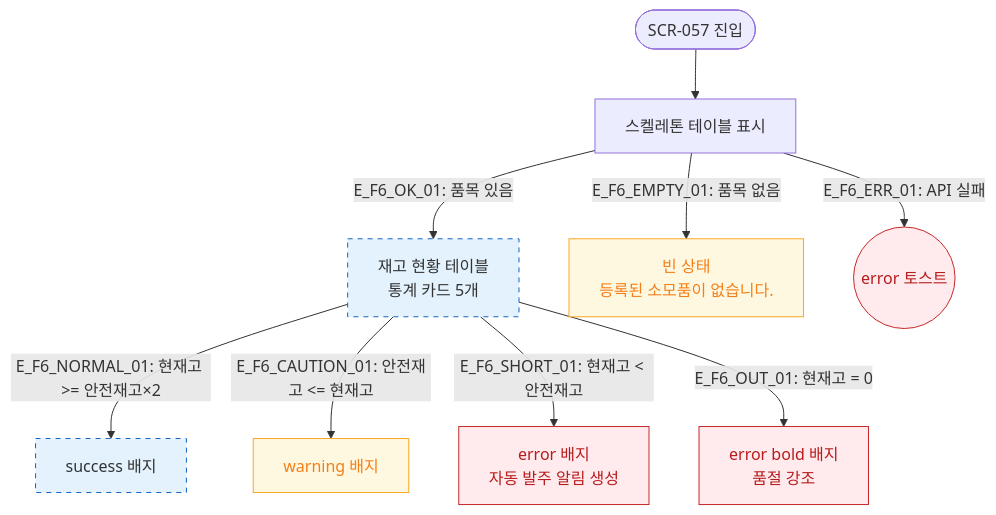
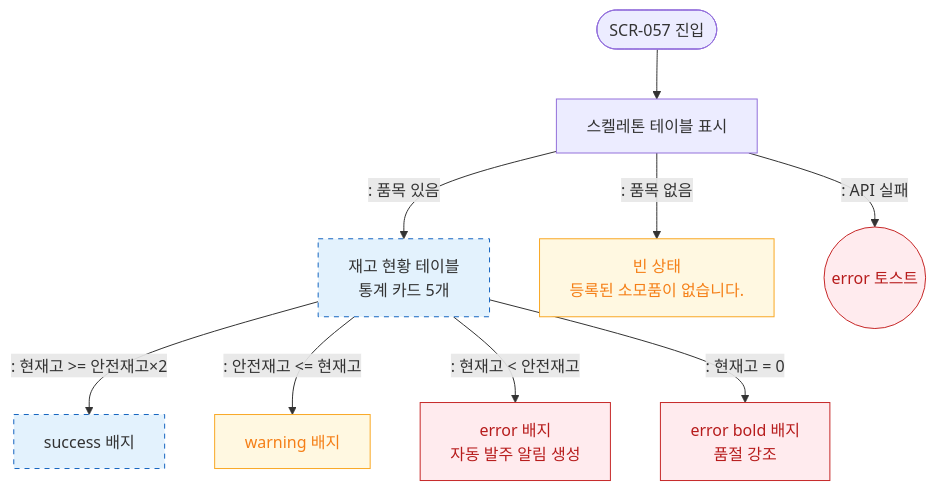
One commit to dev-spogym/admin-pando changed the diagram in docs/다이어그램/D06_시설관리/SCR-057_소모품재고관리/F6_상태별.md. Above: the diagram before and after it, drawn with Mermaid. The commit also changed other lines of this file and 1660 other files, not shown here.

First line of the commit message:
다이어그램: 기획자/클라이언트 납품본으로 정리

````diff
--- a/docs/다이어그램/D06_시설관리/SCR-057_소모품재고관리/F6_상태별.md
+++ b/docs/다이어그램/D06_시설관리/SCR-057_소모품재고관리/F6_상태별.md
@@ -16,20 +14,20 @@
 ```mermaid
 flowchart TD
     ENTER([SCR-057 진입]) --> Loading[스켈레톤 테이블 표시]
-    Loading -->|"E_F6_OK_01: 품목 있음"| StateNormal[재고 현황 테이블\n통계 카드 5개]
-    Loading -->|"E_F6_EMPTY_01: 품목 없음"| StateEmpty[빈 상태\n등록된 소모품이 없습니다.]
-    Loading -->|"E_F6_ERR_01: API 실패"| StateErr((error 토스트))
+    Loading -->|": 품목 있음"|StateNormal[재고 현황 테이블\n통계 카드 5개]
+    Loading -->|": 품목 없음"|StateEmpty[빈 상태\n등록된 소모품이 없습니다.]
+    Loading -->|": API 실패"|StateErr((error 토스트))
 
-    StateNormal -->|"E_F6_NORMAL_01: 현재고 >= 안전재고×2"| NormalRow[success 배지]
-    StateNormal -->|"E_F6_CAUTION_01: 안전재고 <= 현재고"| CautionRow[warning 배지]
-    StateNormal -->|"E_F6_SHORT_01: 현재고 < 안전재고"| ShortRow[error 배지\n자동 발주 알림 생성]
-    StateNormal -->|"E_F6_OUT_01: 현재고 = 0"| OutRow[error bold 배지\n품절 강조]
+    StateNormal -->|": 현재고 >= 안전재고×2"|NormalRow[success 배지]
+    StateNormal -->|": 안전재고 <= 현재고"|CautionRow[warning 배지]
+    StateNormal -->|": 현재고 < 안전재고"|ShortRow[error 배지\n자동 발주 알림 생성]
+    StateNormal -->|": 현재고 = 0"|OutRow[error bold 배지\n품절 강조]
 
     classDef newFeature fill:#F3E5F5,stroke:#9C27B0,stroke-dasharray:5 5
     classDef screen fill:#E3F2FD,stroke:#1565C0,stroke-dasharray:5 5
     classDef warning fill:#FFF8E1,stroke:#F9A825,color:#F57F17
     classDef error fill:#FFEBEE,stroke:#C62828,color:#B71C1C
     class StateNormal,NormalRow screen
     class StateEmpty,CautionRow warning
     class StateErr,ShortRow,OutRow error
 ```
````
